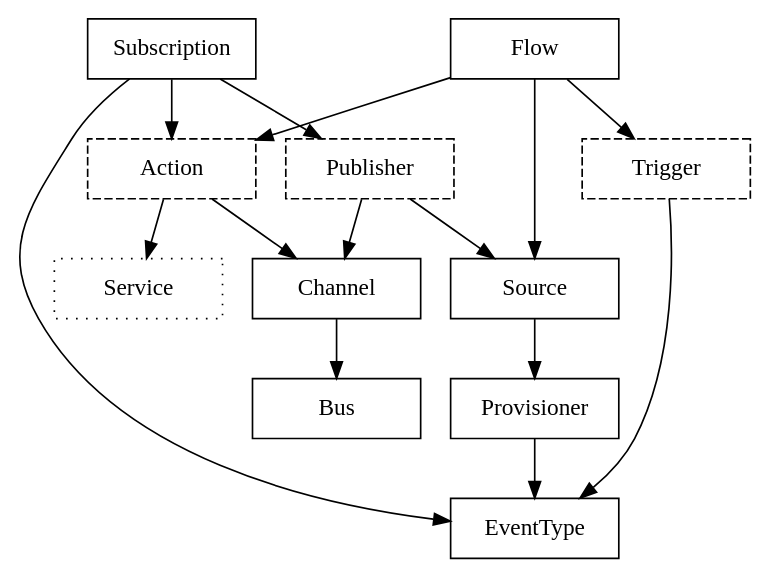
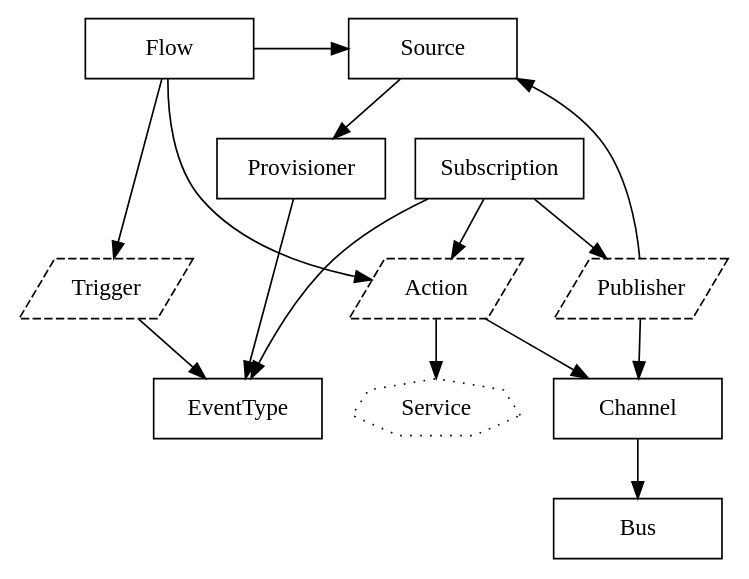
One commit to n3wscott/eventing changed the diagram in docs/spec/images/overview-reference.dot. Above: the diagram before and after it, drawn with Graphviz. The commit also changed 1 other file, not shown here.

```diff
--- a/docs/spec/images/overview-reference.dot
+++ b/docs/spec/images/overview-reference.dot
@@ -1,49 +1,56 @@
 // This is the overview graph for object refrences in the control plane.
 //
 // To reproduce the PNG, run the following:
 // $ dot -Tpng overview-reference.dot -o overview-reference.png
 //
 digraph G {
   dir=TB; 
   node [shape=rectangle; width=1.4; height=.5; fixedsize=true;]
 
-  Flow;
-  Source;
+  subgraph cluster_A {
+    Flow;
+    Source;
+  }
+
   Provisioner;
   EventType;
 
-  Publisher [style=dashed];
-  Action [style=dashed];
-  Trigger [style=dashed];
+  Publisher [shape=parallelogram; style=dashed];
+  Action [shape=parallelogram; style=dashed];
+  Trigger [shape=parallelogram; style=dashed];
 
-  Service [style=dotted];
+  Service [shape=septagon; style=dotted];
 
   Bus;
   Channel;
   Subscription;
 
   Provisioner -> EventType;
   Source -> Provisioner;
  
   Flow -> Source;
   Flow -> Trigger;
   Flow -> Action;
 
   Channel -> Bus;
  
   Subscription -> Publisher;
   Subscription -> Action;
   Subscription -> EventType;
 
   Trigger -> EventType; 
 
   Action -> Channel;
   Action -> Service;
 
   Publisher -> Source;
   Publisher -> Channel;
 
+  // this is for ordering only.
+  Source -> Subscription [style=invis];
+
+  {rank=min; Source, Flow};
+  {rank=same; Provisioner, Subscription};
   {rank=same; Publisher, Action, Trigger};
 
- // {rank=min; Flow; Source;}
 }
```
